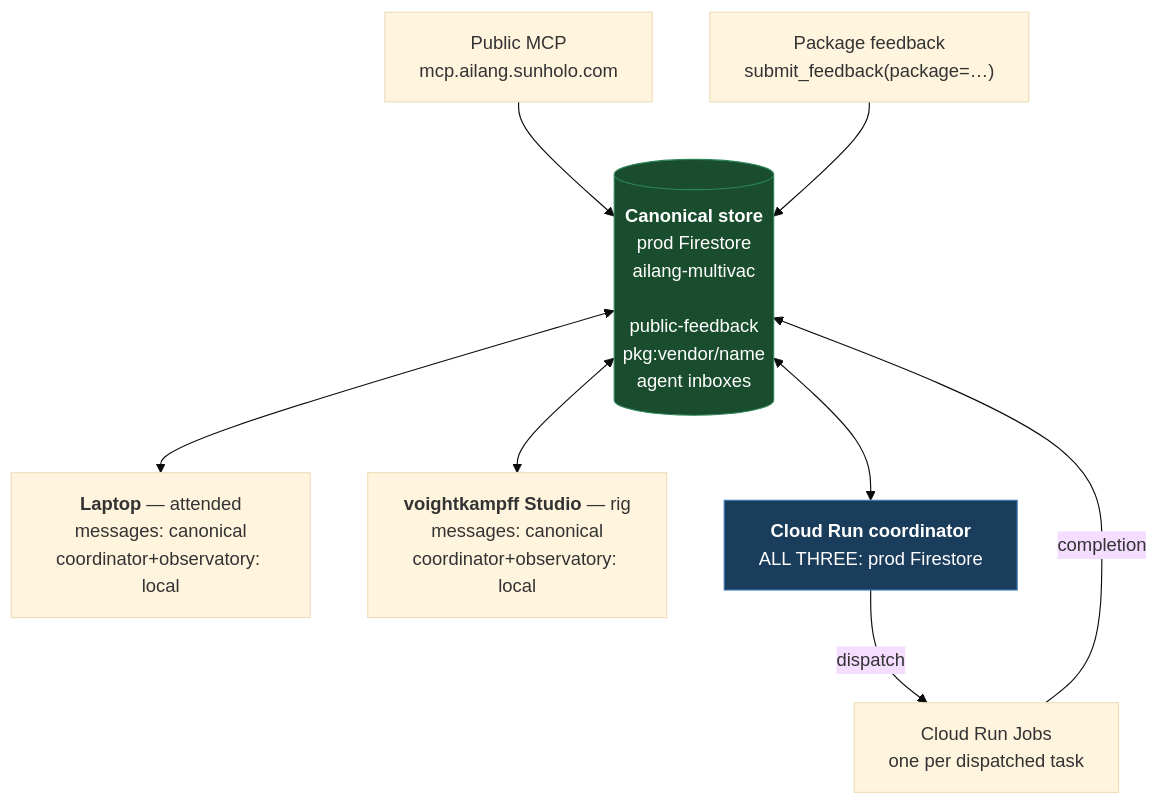
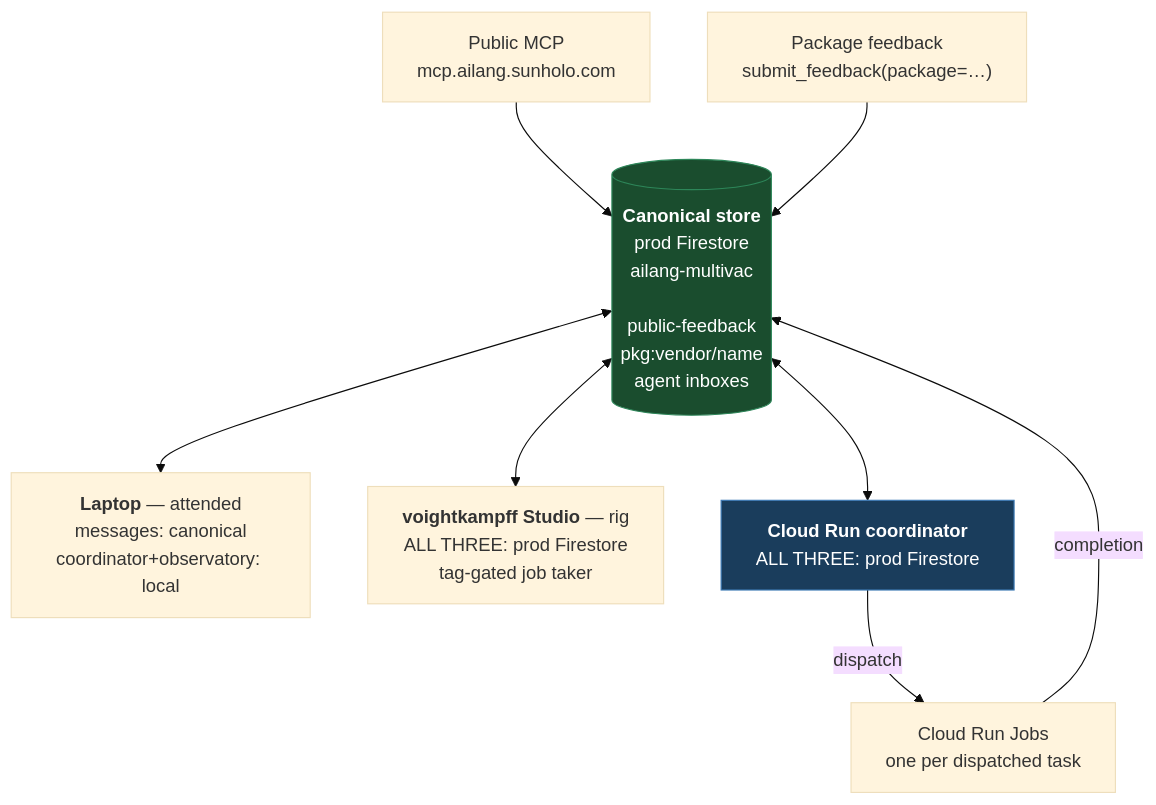
Before and after one commit to sunholo-data/ailang: the third of 4 diagrams in docs/internal/message-plane-topology.md, drawn with Mermaid (base theme). The commit also changed other lines of this file and 1 other file, not shown here.

First line of the commit message:
docs(topology): the fleet is one project now, and the rig takes jobs

````diff
--- a/docs/internal/message-plane-topology.md
+++ b/docs/internal/message-plane-topology.md
@@ -93,23 +93,23 @@
 ```mermaid
 flowchart TB
   PUB["Public MCP<br/>mcp.ailang.sunholo.com"]
   PKG["Package feedback<br/>submit_feedback(package=…)"]
 
   STORE[("<b>Canonical store</b><br/>prod Firestore<br/>ailang-multivac<br/><br/>public-feedback<br/>pkg:vendor/name<br/>agent inboxes")]
 
   LAP["<b>Laptop</b> — attended<br/>messages: canonical<br/>coordinator+observatory: local"]
-  STU["<b>voightkampff Studio</b> — rig<br/>messages: canonical<br/>coordinator+observatory: local"]
+  STU["<b>voightkampff Studio</b> — rig<br/>ALL THREE: prod Firestore<br/>tag-gated job taker"]
   CR["<b>Cloud Run coordinator</b><br/>ALL THREE: prod Firestore"]
   JOB["Cloud Run Jobs<br/>one per dispatched task"]
 
   PUB --> STORE
   PKG --> STORE
   STORE <--> LAP
   STORE <--> STU
   STORE <--> CR
   CR -->|dispatch| JOB
   JOB -->|completion| STORE
 
   style STORE fill:#1a4d2e,stroke:#2d8659,color:#fff
   style CR fill:#1a3d5c,stroke:#3d7ab5,color:#fff
 ```
````
